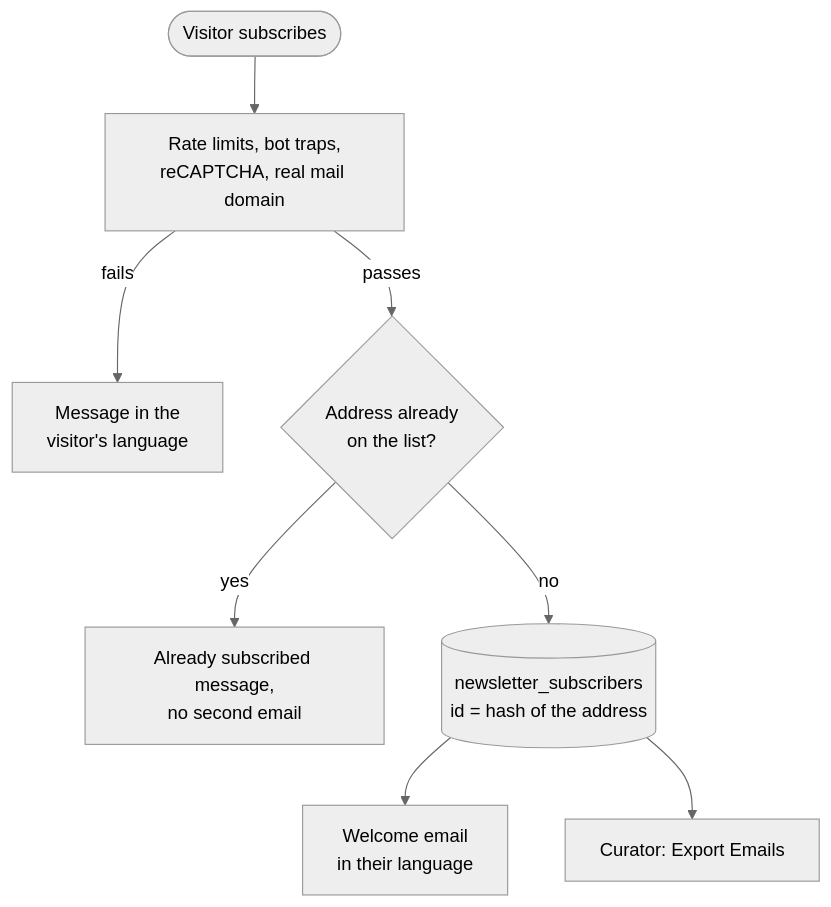
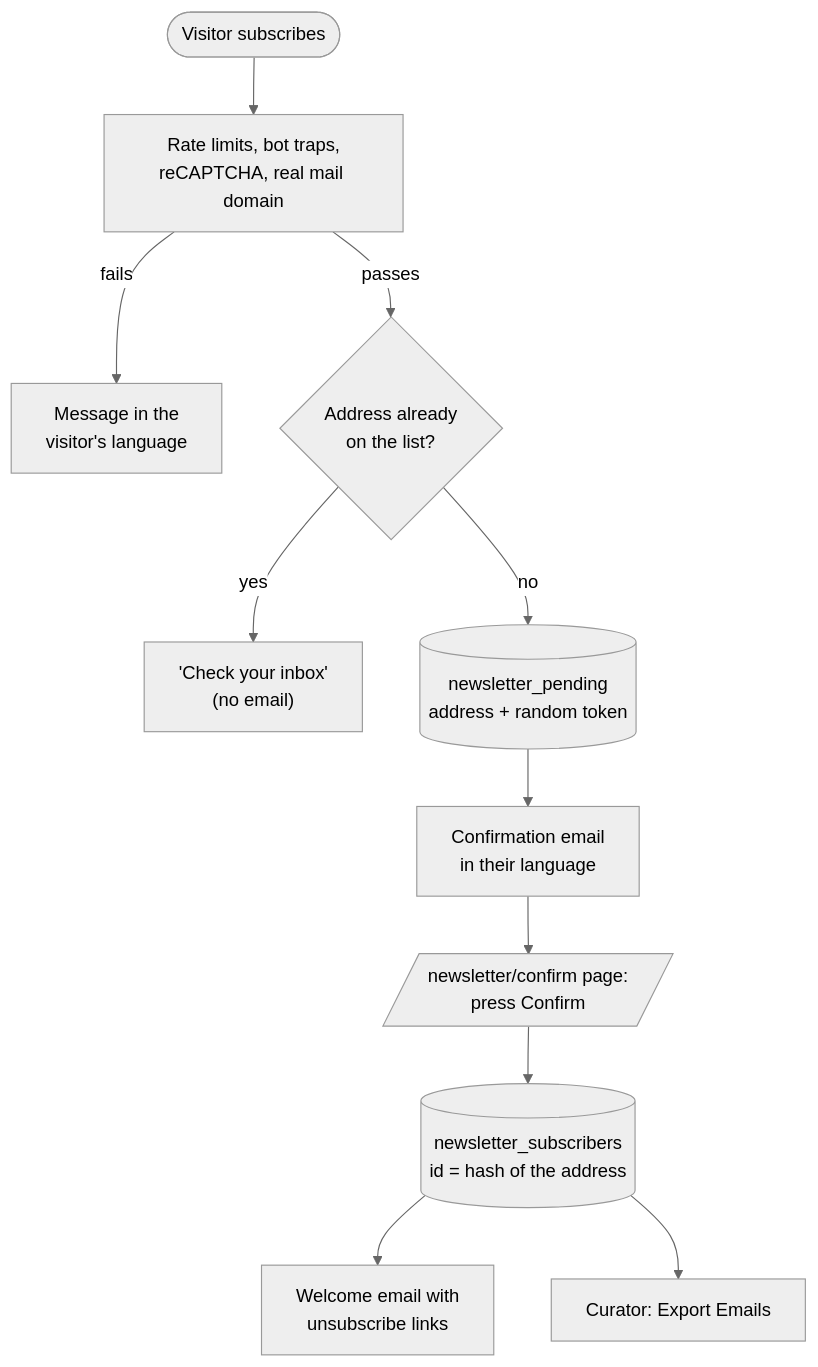
The ninth of 12 diagrams in docs/HOW-IT-WORKS.md (The-Dark-Ranger/Jeddah-Hub), drawn with Mermaid (neutral theme) before and after one commit. The commit also changed other lines of this file and 147 other files, not shown here.

````diff
--- a/docs/HOW-IT-WORKS.md
+++ b/docs/HOW-IT-WORKS.md
@@ -339,10 +353,13 @@
 ```mermaid
 flowchart TD
     V([Visitor subscribes]) --> CHECKS[Rate limits, bot traps,<br/>reCAPTCHA, real mail domain]
     CHECKS -->|fails| ERR[Message in the<br/>visitor's language]
     CHECKS -->|passes| HAS{Address already<br/>on the list?}
-    HAS -->|yes| AL["Already subscribed message,<br/>no second email"]
-    HAS -->|no| ADD[(newsletter_subscribers<br/>id = hash of the address)]
-    ADD --> W[Welcome email<br/>in their language]
+    HAS -->|yes| SAME["'Check your inbox'<br/>(no email)"]
+    HAS -->|no| PEND[(newsletter_pending<br/>address + random token)]
+    PEND --> CE[Confirmation email<br/>in their language]
+    CE --> PAGE[/newsletter/confirm page:<br/>press Confirm/]
+    PAGE --> ADD[(newsletter_subscribers<br/>id = hash of the address)]
+    ADD --> W[Welcome email with<br/>unsubscribe links]
     ADD --> X[Curator: Export Emails]
 ```
````
